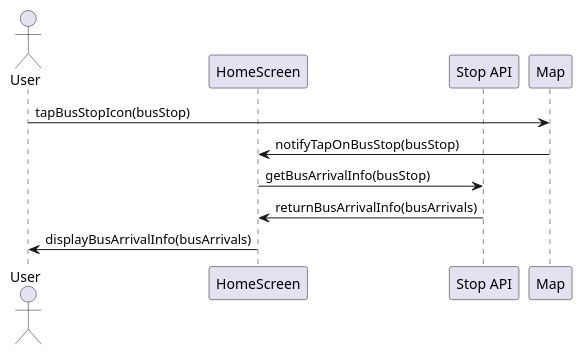
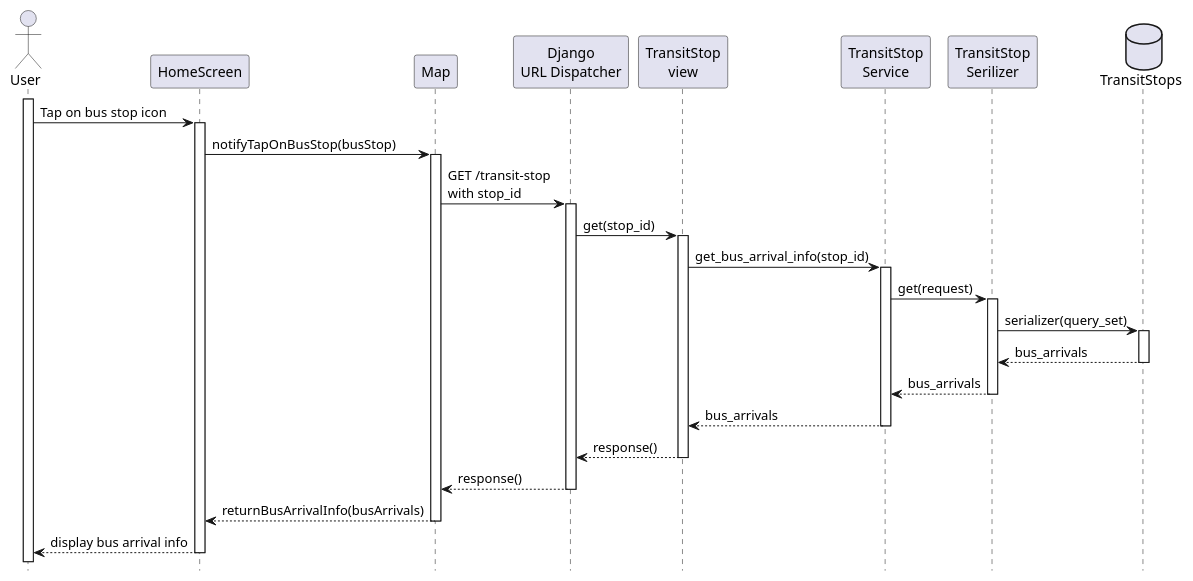
The diagram in homescreen/get_bus_info_when_tap.puml (KMITL-BusBuddy/diagram), drawn with PlantUML before and after one commit.

Commit message:
update bus_arrivals

```diff
--- a/homescreen/get_bus_info_when_tap.puml
+++ b/homescreen/get_bus_info_when_tap.puml
@@ -1,14 +1,49 @@
-@startuml
+@startuml bus_arrivals
+
+hide footbox
 
 actor User
-participant HomeScreen
-participant "Stop API" as StopAPI
+participant HomeScreen as UI
 participant Map
+participant "Django\nURL Dispatcher" as API
+participant "TransitStop\nview" as view
+participant "TransitStop\nService" as service
+participant "TransitStop\nSerilizer" as serializer
+database "TransitStops" as table
 
-User -> Map : tapBusStopIcon(busStop)
-Map -> HomeScreen : notifyTapOnBusStop(busStop)
-HomeScreen -> StopAPI : getBusArrivalInfo(busStop)
-StopAPI -> HomeScreen : returnBusArrivalInfo(busArrivals)
-HomeScreen -> User : displayBusArrivalInfo(busArrivals)
+activate User
+User -> UI: Tap on bus stop icon
+activate UI
+UI -> Map: notifyTapOnBusStop(busStop)
+activate Map
+Map -> API: GET /transit-stop \nwith stop_id
+activate API
+
+' API Call
+API -> view: get(stop_id)
+activate view
+view -> service: get_bus_arrival_info(stop_id)
+activate service
+service -> serializer: get(request)
+activate serializer
+serializer -> table: serializer(query_set)
+activate table
+
+table --> serializer: bus_arrivals
+deactivate table
+serializer --> service: bus_arrivals
+deactivate serializer
+service --> view: bus_arrivals
+deactivate service
+view --> API: response()
+deactivate view
+API --> Map: response()
+deactivate API
+
+' Display bus arrival info
+Map --> UI: returnBusArrivalInfo(busArrivals)
+deactivate Map
+UI --> User: display bus arrival info
+deactivate UI
 
 @enduml
```
